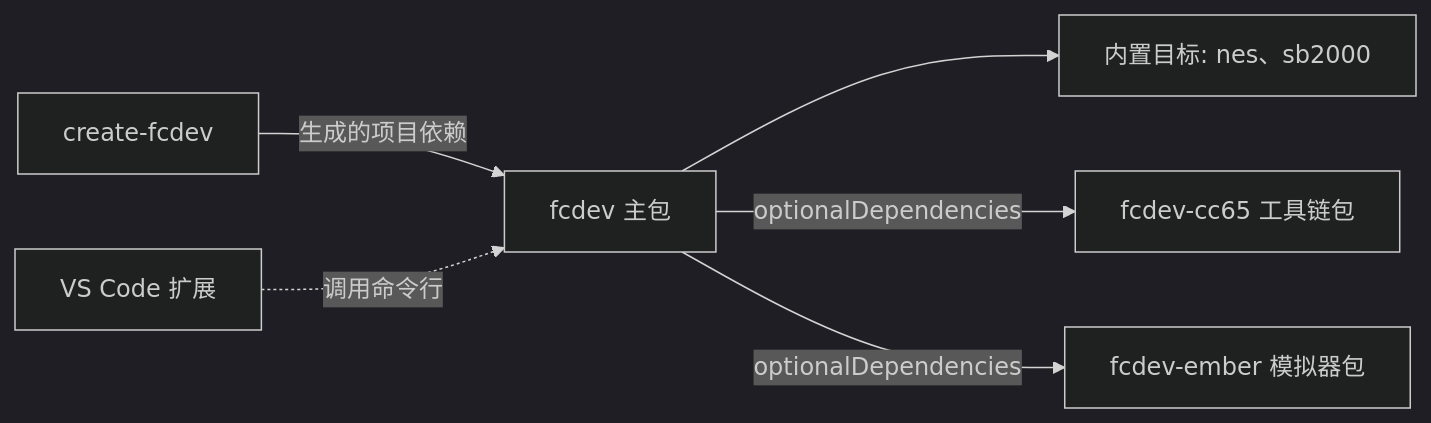
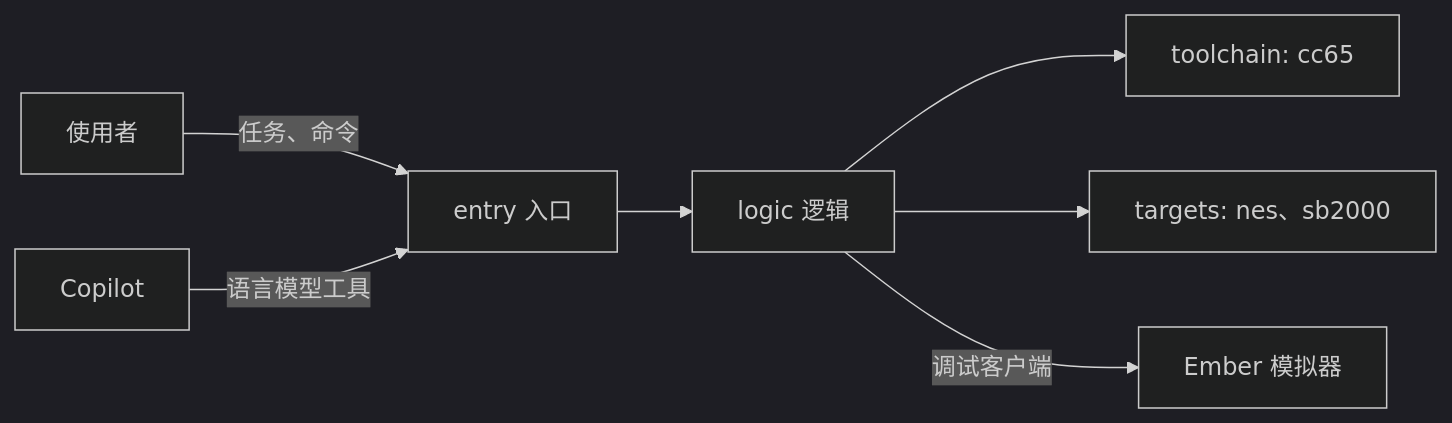
The diagram in docs/01-软件架构设计.md (sungbindev/famiclone), drawn with Mermaid (dark theme) before and after one commit. The commit also changed other lines of this file and 917 other files, not shown here.

First line of the commit message:
把 fcdev 命令行与 npm 包的全部功能迁入 VS Code 扩展，删除 packages/

````diff
--- a/docs/01-软件架构设计.md
+++ b/docs/01-软件架构设计.md
@@ -44,8 +45,9 @@
 ```mermaid
 flowchart LR
-  CREATE[create-fcdev] -->|生成的项目依赖| CLI[fcdev 主包]
-  CLI --> TG[内置目标: nes、sb2000]
-  CLI -->|optionalDependencies| TC[fcdev-cc65 工具链包]
-  CLI -->|optionalDependencies| EM[fcdev-ember 模拟器包]
-  EXT[VS Code 扩展] -.->|调用命令行| CLI
+  USER[使用者] -->|任务、命令| ENTRY[entry 入口]
+  AGENT[Copilot] -->|语言模型工具| ENTRY
+  ENTRY --> LOGIC[logic 逻辑]
+  LOGIC --> TC[toolchain: cc65]
+  LOGIC --> TG[targets: nes、sb2000]
+  LOGIC -->|调试客户端| EM[Ember 模拟器]
 ```
````
